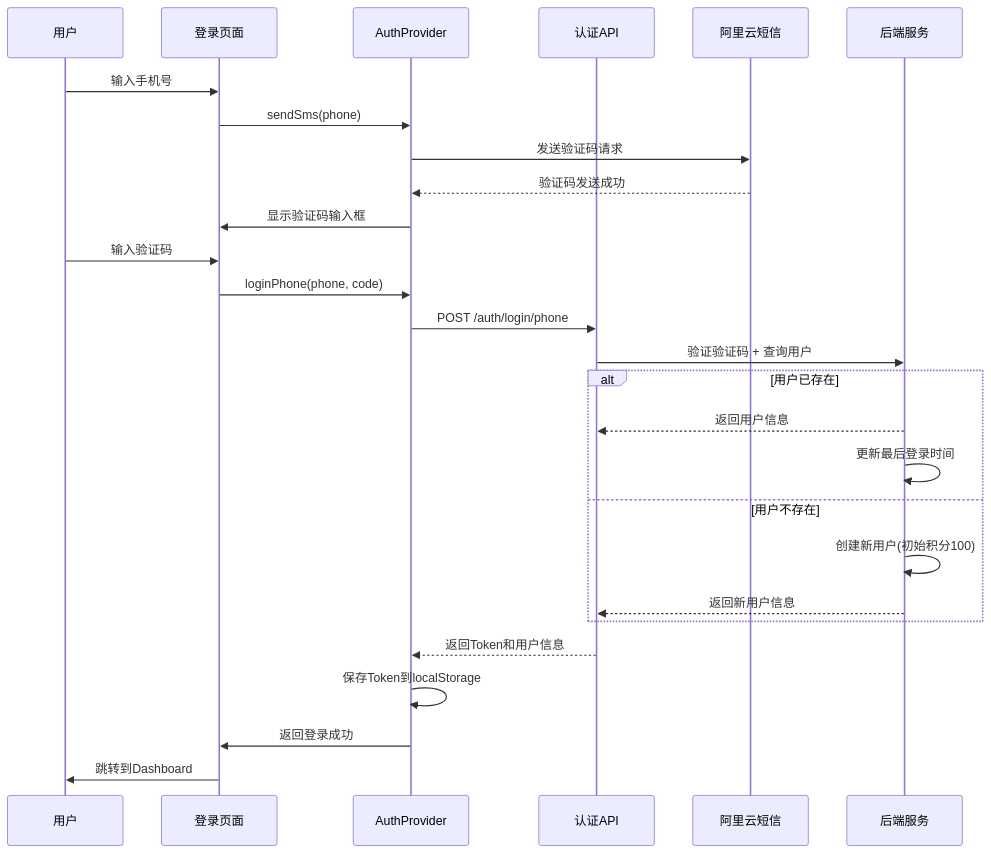
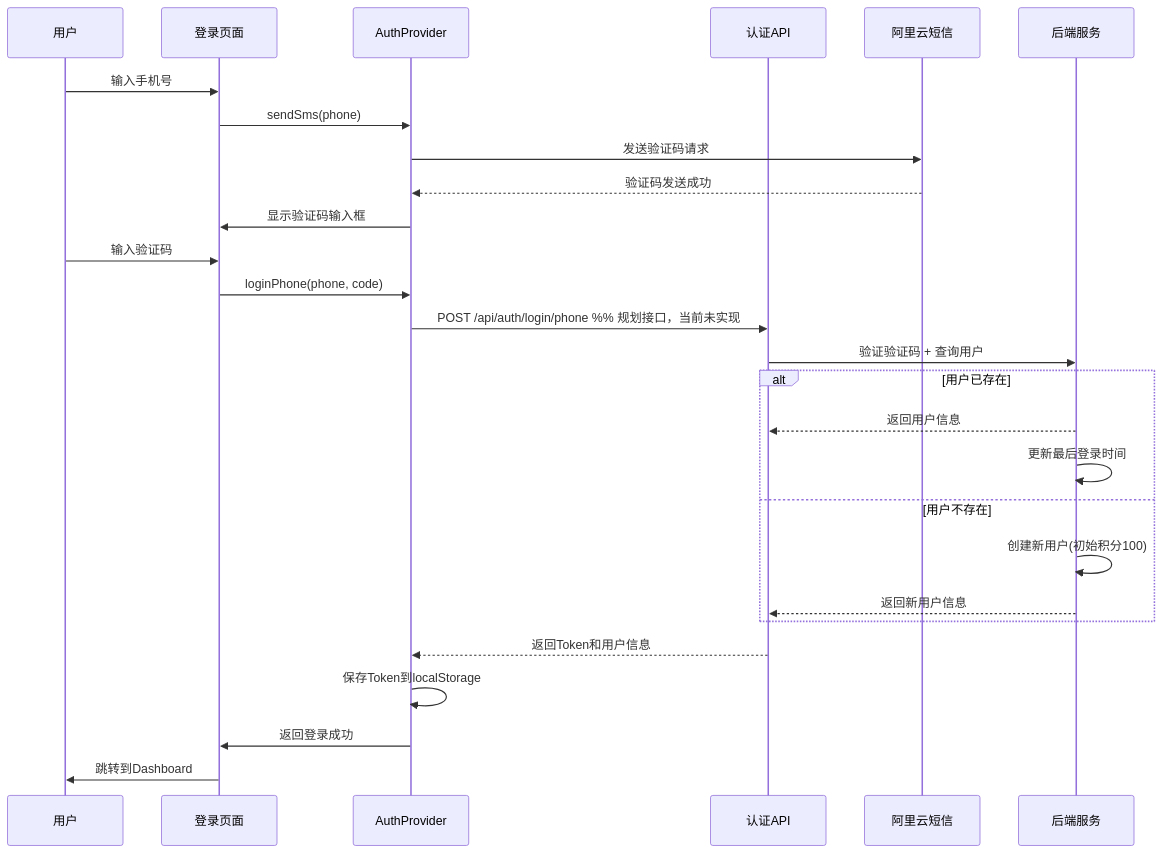
The second of 4 diagrams in docs/BUSINESS_MODEL.md (zhangx1234994/POD_AI), drawn with Mermaid before and after one commit. The commit also changed other lines of this file and 37 other files, not shown here.

````diff
--- a/docs/BUSINESS_MODEL.md
+++ b/docs/BUSINESS_MODEL.md
@@ -243,36 +247,36 @@
 ```mermaid
 sequenceDiagram
     participant U as 用户
     participant L as 登录页面
     participant A as AuthProvider
     participant API as 认证API
     participant SMS as 阿里云短信
     participant S as 后端服务
 
     U->>L: 输入手机号
     L->>A: sendSms(phone)
 
     A->>SMS: 发送验证码请求
     SMS-->>A: 验证码发送成功
 
     A->>L: 显示验证码输入框
 
     U->>L: 输入验证码
     L->>A: loginPhone(phone, code)
 
-    A->>API: POST /auth/login/phone
+    A->>API: POST /api/auth/login/phone  %% 规划接口，当前未实现
     API->>S: 验证验证码 + 查询用户
 
     alt 用户已存在
         S-->>API: 返回用户信息
         S->>S: 更新最后登录时间
     else 用户不存在
         S->>S: 创建新用户(初始积分100)
         S-->>API: 返回新用户信息
     end
 
     API-->>A: 返回Token和用户信息
     A->>A: 保存Token到localStorage
     A->>L: 返回登录成功
     L->>U: 跳转到Dashboard
 ```
````
